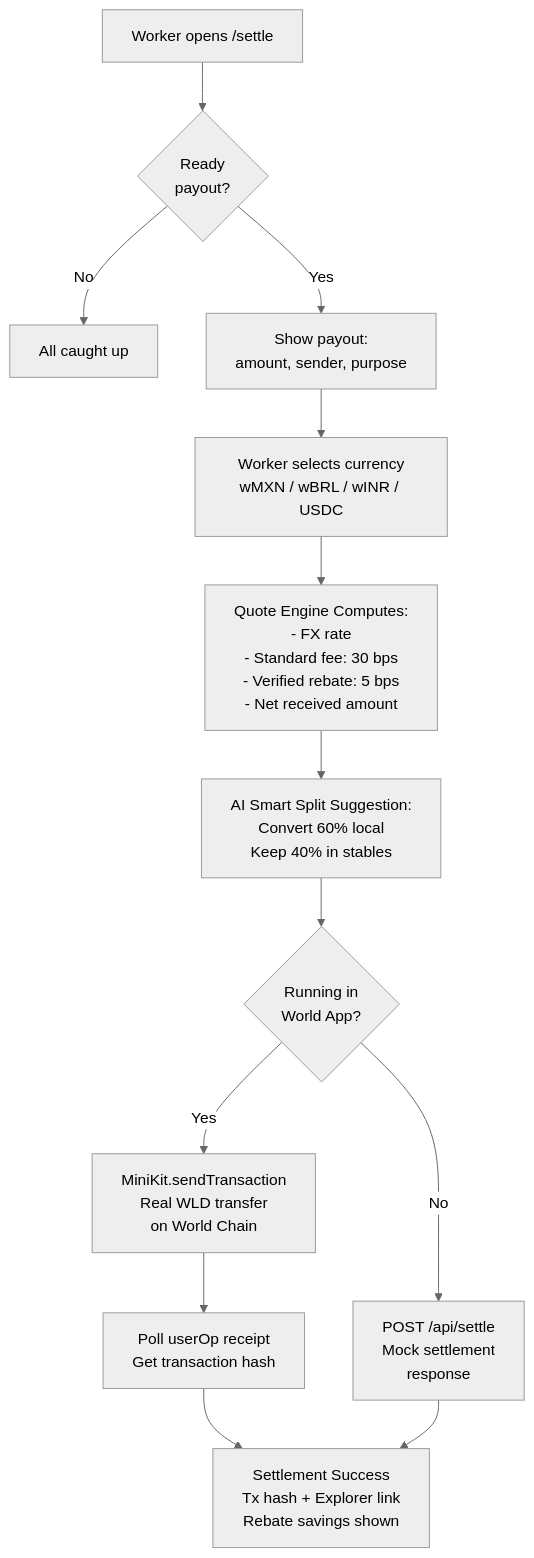
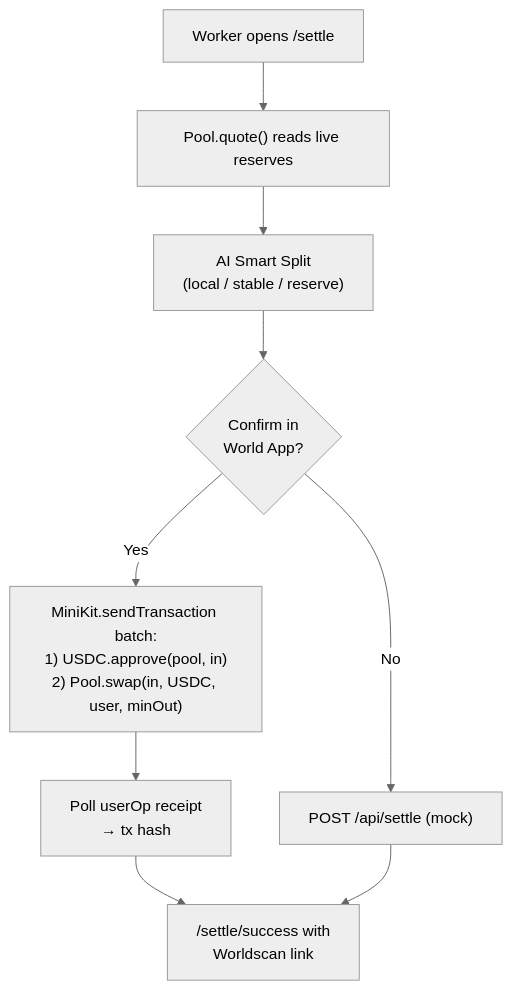
Before and after one commit to Adityaakr/Workline: the fifth of 7 diagrams in README.md, drawn with Mermaid (neutral theme). The commit also changed other lines of this file and 5 other files, not shown here.

First line of the commit message:
chore: pass appId to MiniKit, allow tunnel hosts, refresh docs

````diff
--- a/README.md
+++ b/README.md
@@ -106,23 +173,11 @@
 ```mermaid
 flowchart TD
-    Start["Worker opens /settle"] --> CheckPayout{"Ready\npayout?"}
-
-    CheckPayout -->|No| Empty["All caught up"]
-    CheckPayout -->|Yes| ShowPayout["Show payout:\namount, sender, purpose"]
-
-    ShowPayout --> SelectCurrency["Worker selects currency\nwMXN / wBRL / wINR / USDC"]
-
-    SelectCurrency --> QuoteEngine["Quote Engine Computes:\n- FX rate\n- Standard fee: 30 bps\n- Verified rebate: 5 bps\n- Net received amount"]
-
-    QuoteEngine --> SmartSplit["AI Smart Split Suggestion:\nConvert 60% local\nKeep 40% in stables"]
-
-    SmartSplit --> EnvCheck{"Running in\nWorld App?"}
-
-    EnvCheck -->|Yes| Onchain["MiniKit.sendTransaction\nReal WLD transfer\non World Chain"]
-    EnvCheck -->|No| MockAPI["POST /api/settle\nMock settlement\nresponse"]
-
-    Onchain --> PollReceipt["Poll userOp receipt\nGet transaction hash"]
-    PollReceipt --> Success["Settlement Success\nTx hash + Explorer link\nRebate savings shown"]
-
+    Start["Worker opens /settle"] --> Quote["Pool.quote() reads live reserves"]
+    Quote --> SmartSplit["AI Smart Split<br/>(local / stable / reserve)"]
+    SmartSplit --> Confirm{"Confirm in<br/>World App?"}
+    Confirm -->|Yes| Bundle["MiniKit.sendTransaction batch:<br/>1) USDC.approve(pool, in)<br/>2) Pool.swap(in, USDC, user, minOut)"]
+    Bundle --> Receipt["Poll userOp receipt<br/>→ tx hash"]
+    Receipt --> Success["/settle/success with<br/>Worldscan link"]
+    Confirm -->|No| MockAPI["POST /api/settle (mock)"]
     MockAPI --> Success
 ```
````
